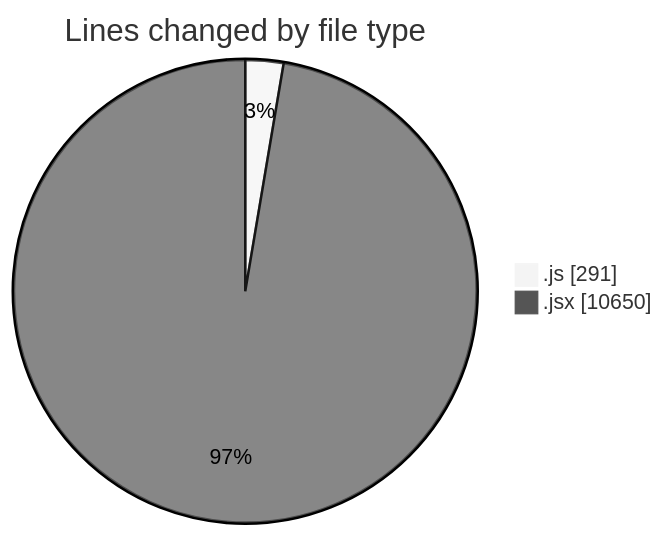
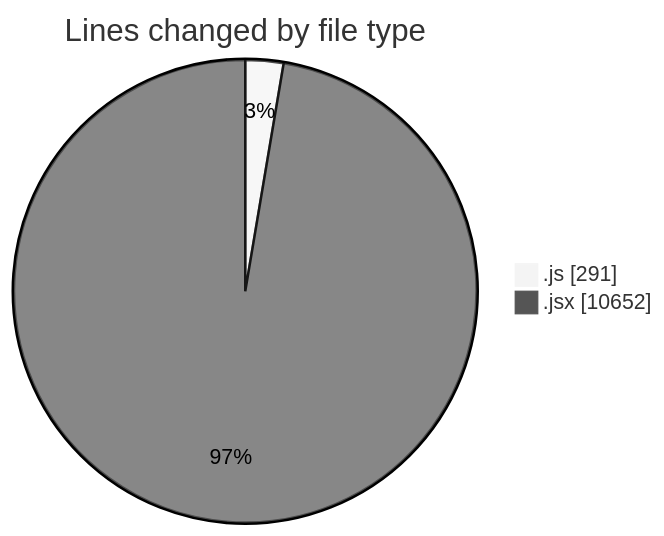
Before and after one commit to nxtqubesakshisongat/code-tracking: the first of 2 diagrams in 2025-07-28/nxtqube_webapp/README.md, drawn with Mermaid (neutral theme). The commit also changed other lines of this file and 1 other file, not shown here.

````diff
--- a/2025-07-28/nxtqube_webapp/README.md
+++ b/2025-07-28/nxtqube_webapp/README.md
@@ -45,6 +45,6 @@
 ```mermaid
 pie showData
 title Lines changed by file type
 ".js" : 291
-".jsx" : 10650
+".jsx" : 10652
 ```
````
